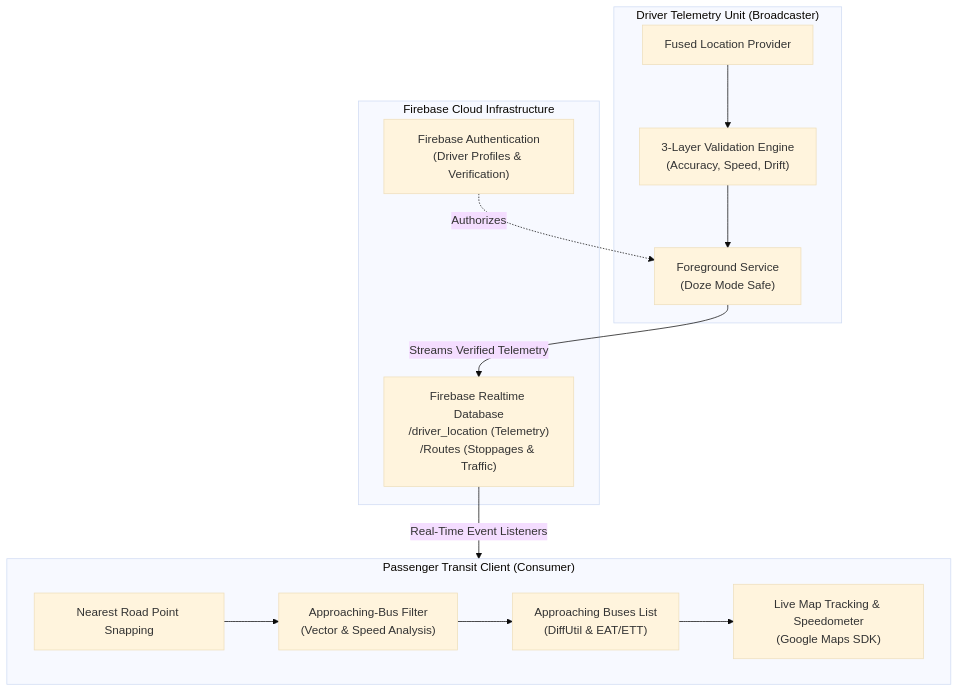
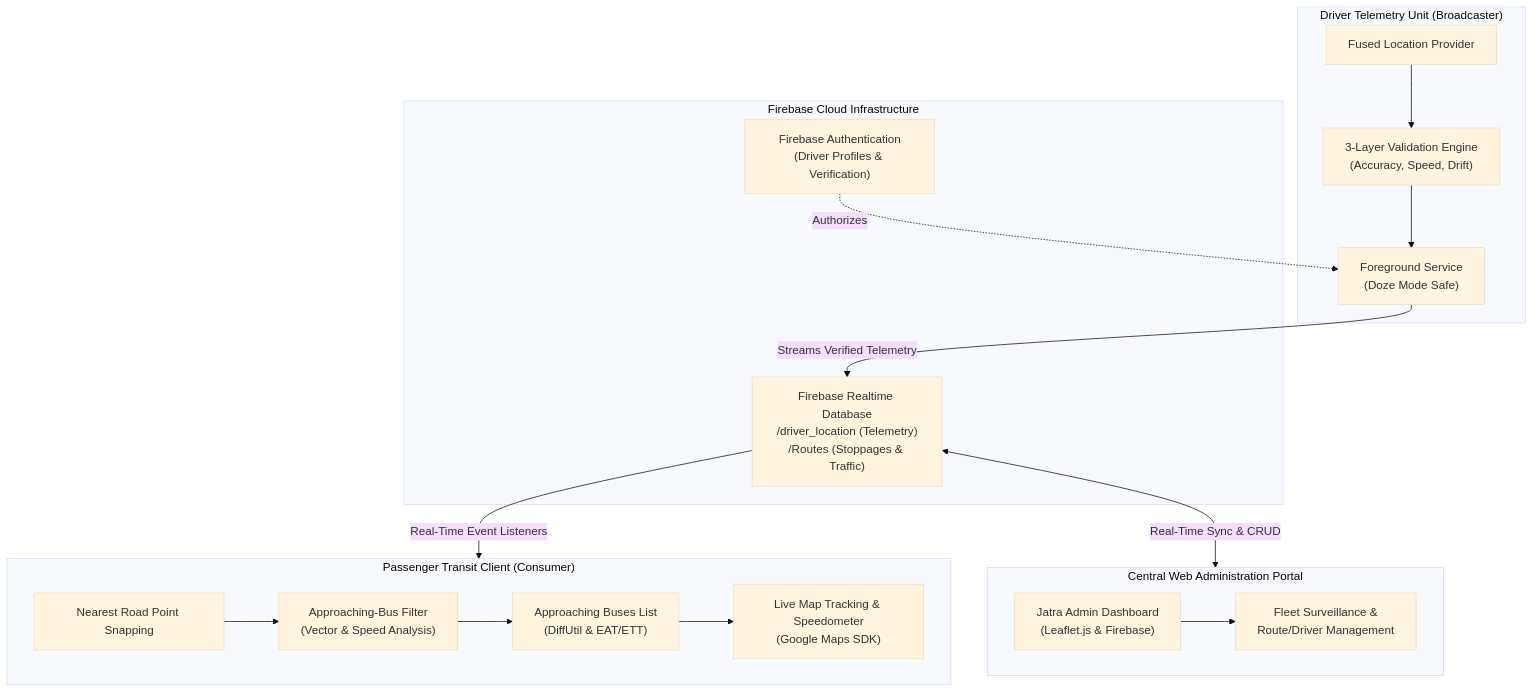
One commit to mehadishameem/jatra-bus-tracking-system changed the second of 2 diagrams in README.md. Above: the diagram before and after it, drawn with Mermaid (base theme). The commit also changed other lines of this file, not shown here.

First line of the commit message:
Enhance README with dashboard info and link updates

````diff
--- a/README.md
+++ b/README.md
@@ -134,27 +153,34 @@
 ```mermaid
 flowchart TD
     subgraph Drivers["Driver Telemetry Unit (Broadcaster)"]
         D_GPS["Fused Location Provider"]
         D_Val["3-Layer Validation Engine\n(Accuracy, Speed, Drift)"]
         D_Service["Foreground Service\n(Doze Mode Safe)"]
         D_GPS --> D_Val --> D_Service
     end
 
     subgraph FirebaseCloud["Firebase Cloud Infrastructure"]
         FB_Auth["Firebase Authentication\n(Driver Profiles & Verification)"]
         FB_RTDB["Firebase Realtime Database\n/driver_location (Telemetry)\n/Routes (Stoppages & Traffic)"]
     end
 
     subgraph Commuters["Passenger Transit Client (Consumer)"]
         P_Snap["Nearest Road Point Snapping"]
         P_Radar["Approaching-Bus Filter\n(Vector & Speed Analysis)"]
         P_Map["Live Map Tracking & Speedometer\n(Google Maps SDK)"]
         P_List["Approaching Buses List\n(DiffUtil & EAT/ETT)"]
         
         P_Snap --> P_Radar --> P_List --> P_Map
     end
 
+    subgraph Admins["Central Web Administration Portal"]
+        A_Web["Jatra Admin Dashboard\n(Leaflet.js & Firebase)"]
+        A_Control["Fleet Surveillance &\nRoute/Driver Management"]
+        A_Web --> A_Control
+    end
+
     D_Service -->|Streams Verified Telemetry| FB_RTDB
     FB_Auth -.->|Authorizes| D_Service
     FB_RTDB -->|Real-Time Event Listeners| Commuters
+    FB_RTDB <-->|Real-Time Sync & CRUD| Admins
 ```
````
